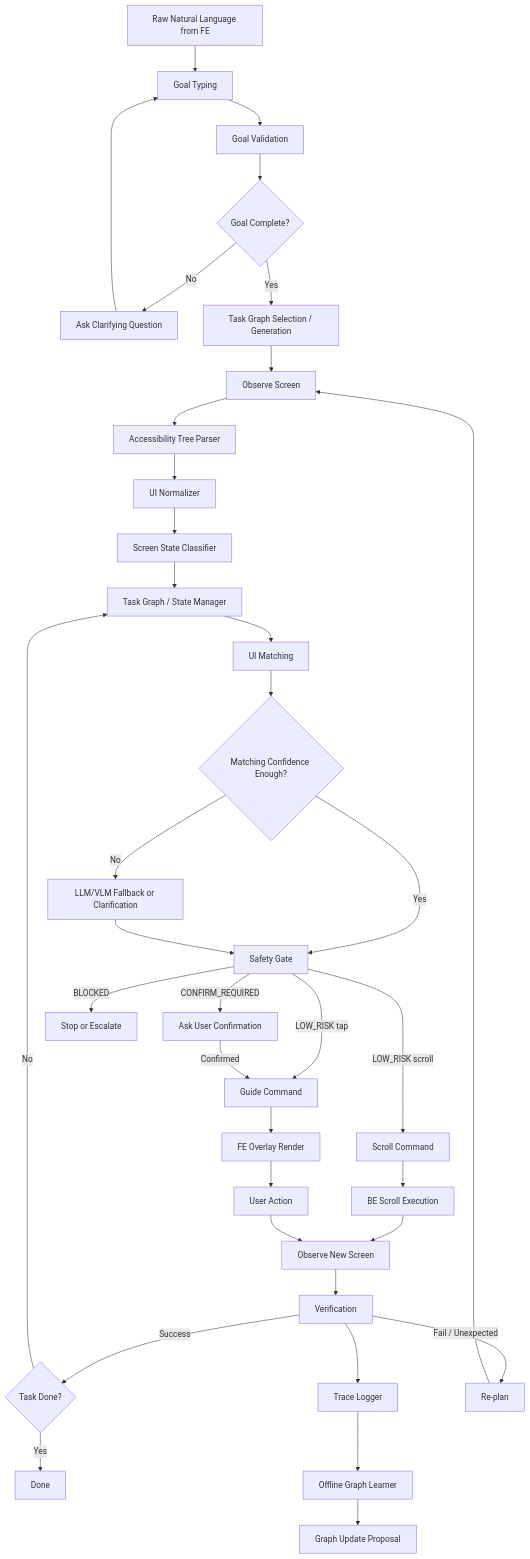
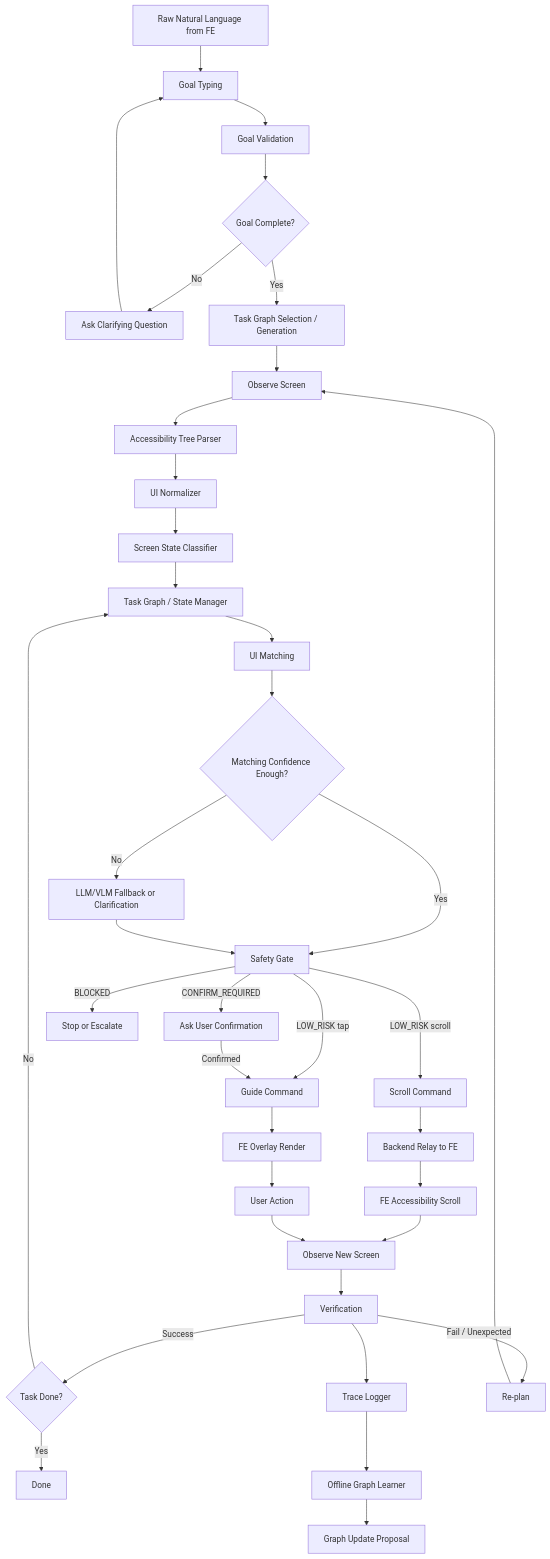
Before and after one commit to Bae-iri/Click: the diagram in docs/ai-agent-architecture.md, drawn with Mermaid. The commit also changed other lines of this file and 2 other files, not shown here.

````diff
--- a/docs/ai-agent-architecture.md
+++ b/docs/ai-agent-architecture.md
@@ -182,38 +184,39 @@
 ```mermaid
 flowchart TD
     A[Raw Natural Language from FE] --> B[Goal Typing]
     B --> C[Goal Validation]
     C --> D{Goal Complete?}
     D -->|No| E[Ask Clarifying Question]
     E --> B
     D -->|Yes| F[Task Graph Selection / Generation]
     F --> G[Observe Screen]
     G --> H[Accessibility Tree Parser]
     H --> I[UI Normalizer]
     I --> J[Screen State Classifier]
     J --> K[Task Graph / State Manager]
     K --> L[UI Matching]
     L --> M{Matching Confidence Enough?}
     M -->|Yes| N[Safety Gate]
     M -->|No| O[LLM/VLM Fallback or Clarification]
     O --> N
     N -->|LOW_RISK tap| P[Guide Command]
     N -->|LOW_RISK scroll| Q[Scroll Command]
     N -->|CONFIRM_REQUIRED| R[Ask User Confirmation]
     N -->|BLOCKED| S[Stop or Escalate]
     R -->|Confirmed| P
     P --> T[FE Overlay Render]
     T --> U[User Action]
-    Q --> V[BE Scroll Execution]
-    V --> W[Observe New Screen]
+    Q --> V[Backend Relay to FE]
+    V --> VE[FE Accessibility Scroll]
+    VE --> W[Observe New Screen]
     U --> W
     W --> X[Verification]
     X --> Y[Trace Logger]
     X -->|Success| Z{Task Done?}
     Z -->|No| K
     Z -->|Yes| AA[Done]
     X -->|Fail / Unexpected| AB[Re-plan]
     AB --> G
     Y --> AC[Offline Graph Learner]
     AC --> AD[Graph Update Proposal]
 ```
````
